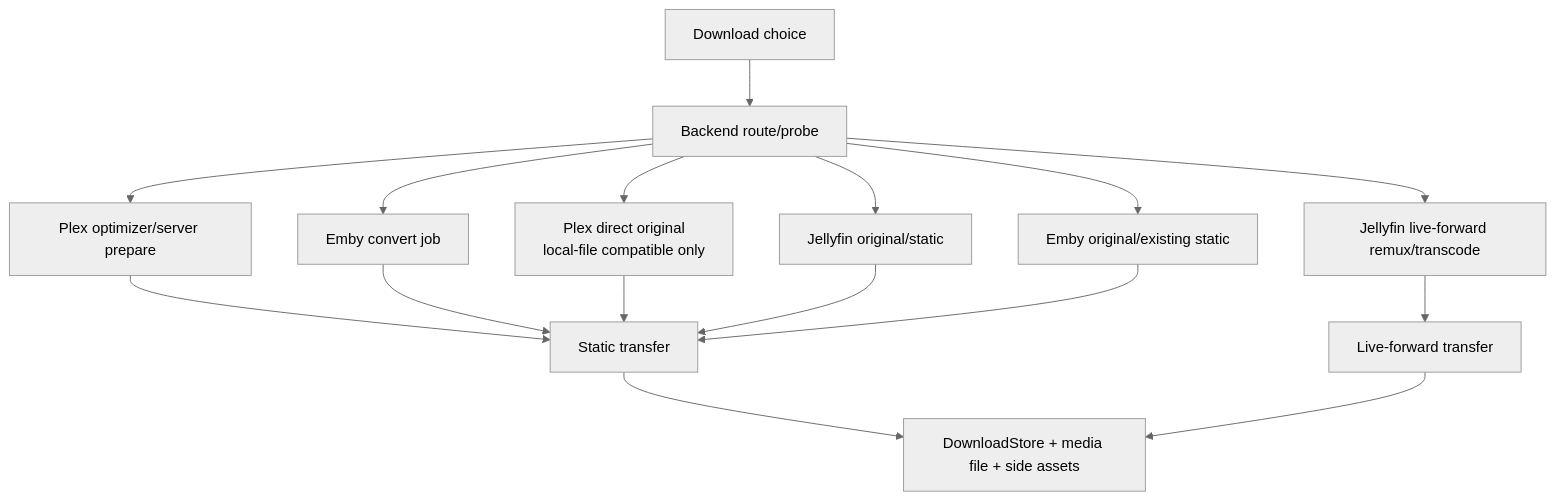
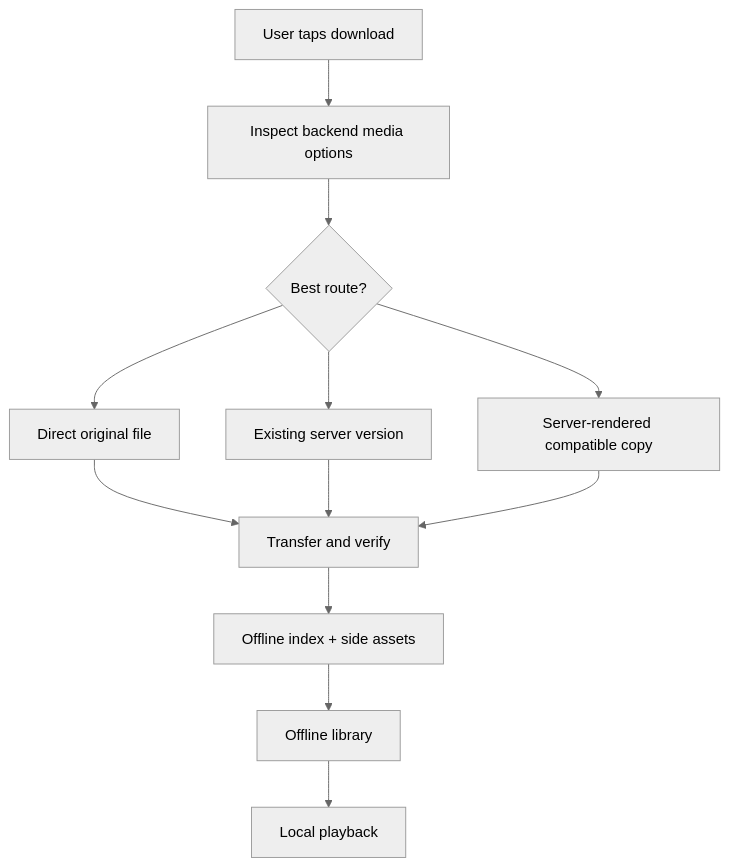
Before and after one commit to jlipworth/Labstream: the first of 2 diagrams in docs/DOWNLOADS-OFFLINE.md, drawn with Mermaid (neutral theme). The commit also changed other lines of this file and 20 other files, not shown here.

````diff
--- a/docs/DOWNLOADS-OFFLINE.md
+++ b/docs/DOWNLOADS-OFFLINE.md
@@ -45,19 +5,14 @@
 ```mermaid
 flowchart TD
-  Choice[Download choice] --> Probe[Backend route/probe]
-  Probe --> PlexOriginal[Plex direct original
-local-file compatible only]
-  Probe --> PlexOptimize[Plex optimizer/server prepare]
-  Probe --> JellyfinStatic[Jellyfin original/static]
-  Probe --> JellyfinLive[Jellyfin live-forward remux/transcode]
-  Probe --> EmbyStatic[Emby original/existing static]
-  Probe --> EmbyConvert[Emby convert job]
-  PlexOptimize --> StaticTransfer[Static transfer]
-  EmbyConvert --> StaticTransfer
-  PlexOriginal --> StaticTransfer
-  JellyfinStatic --> StaticTransfer
-  EmbyStatic --> StaticTransfer
-  JellyfinLive --> LiveTransfer[Live-forward transfer]
-  StaticTransfer --> Store[DownloadStore + media file + side assets]
-  LiveTransfer --> Store
+  Request[User taps download] --> Inspect[Inspect backend media options]
+  Inspect --> Route{Best route?}
+  Route --> Original[Direct original file]
+  Route --> Existing[Existing server version]
+  Route --> Rendered[Server-rendered compatible copy]
+  Original --> Transfer[Transfer and verify]
+  Existing --> Transfer
+  Rendered --> Transfer
+  Transfer --> Store[Offline index + side assets]
+  Store --> Offline[Offline library]
+  Offline --> Player[Local playback]
 ```
````
